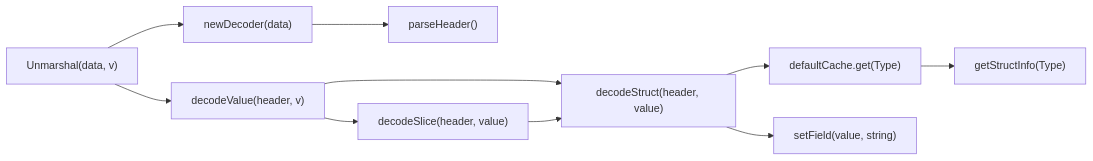
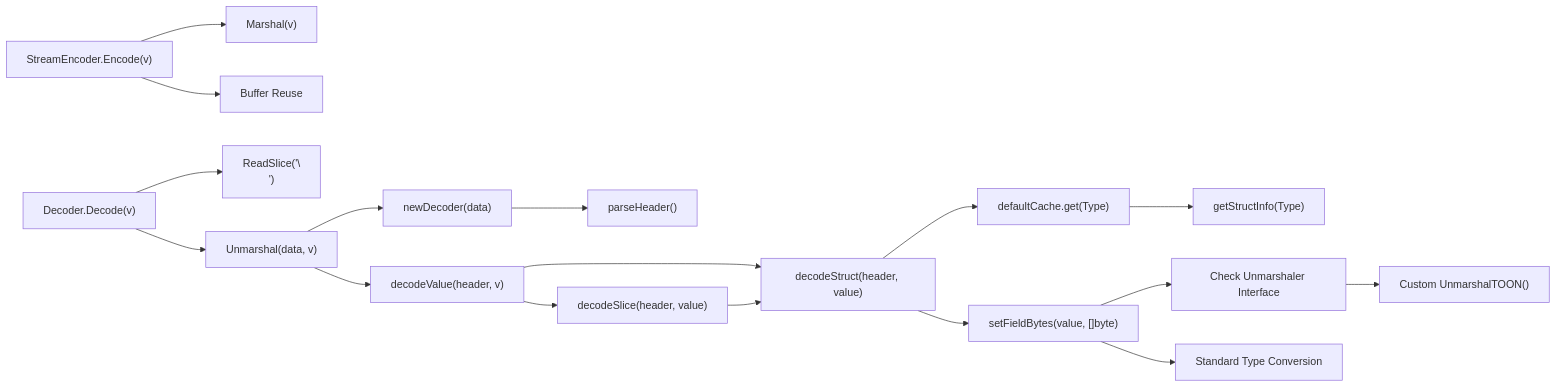
Before and after one commit to OTumanov/go-toon: the third of 3 diagrams in .qoder/repowiki/en/content/API Reference/Advanced Unmarshaling API.md, drawn with Mermaid. The commit also changed other lines of this file and 11 other files, not shown here.

First line of the commit message:
feat: add Pre-flight Schema + Token Calculator to toongen

````diff
--- a/.qoder/repowiki/en/content/API Reference/Advanced Unmarshaling API.md
+++ b/.qoder/repowiki/en/content/API Reference/Advanced Unmarshaling API.md
@@ -337,12 +572,19 @@
 ```mermaid
 graph LR
 Unmarshal["Unmarshal(data, v)"] --> NewDecoder["newDecoder(data)"]
 NewDecoder --> ParseHeader["parseHeader()"]
 Unmarshal --> DecodeValue["decodeValue(header, v)"]
 DecodeValue --> DecodeStruct["decodeStruct(header, value)"]
 DecodeValue --> DecodeSlice["decodeSlice(header, value)"]
 DecodeStruct --> GetCache["defaultCache.get(Type)"]
 GetCache --> GetStructInfo["getStructInfo(Type)"]
-DecodeStruct --> SetField["setField(value, string)"]
+DecodeStruct --> SetFieldBytes["setFieldBytes(value, []byte)"]
+SetFieldBytes --> CheckUnmarshaler["Check Unmarshaler Interface"]
+CheckUnmarshaler --> CustomUnmarshaler["Custom UnmarshalTOON()"]
+SetFieldBytes --> StandardConversion["Standard Type Conversion"]
 DecodeSlice --> DecodeStruct
+StreamEncoder["StreamEncoder.Encode(v)"] --> Marshal["Marshal(v)"]
+StreamEncoder --> BufferReuse["Buffer Reuse"]
+Decoder["Decoder.Decode(v)"] --> ReadLine["ReadSlice('\\n')"]
+Decoder --> Unmarshal["Unmarshal(data, v)"]
 ```
````
